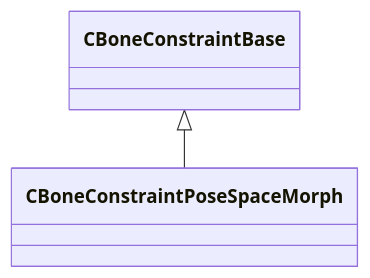
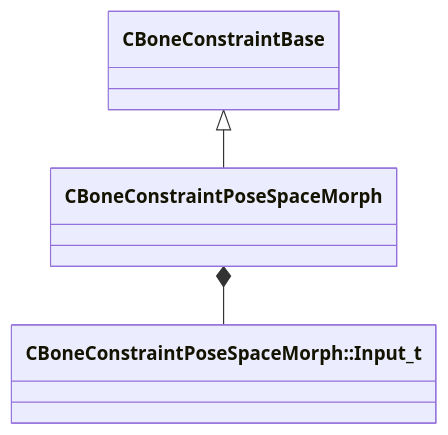
Before and after one commit to CS2OpenDev/CS2OpenDev-Docs: the diagram in docs/generated/schemas/modellib/CBoneConstraintPoseSpaceMorph.md, drawn with Mermaid. The commit also changed other lines of this file and 4525 other files, not shown here.

````diff
--- a/docs/generated/schemas/modellib/CBoneConstraintPoseSpaceMorph.md
+++ b/docs/generated/schemas/modellib/CBoneConstraintPoseSpaceMorph.md
@@ -17,4 +19,5 @@
 ```mermaid
 classDiagram
     CBoneConstraintBase <|-- CBoneConstraintPoseSpaceMorph
+    CBoneConstraintPoseSpaceMorph *-- `CBoneConstraintPoseSpaceMorph::Input_t`
 ```
````
